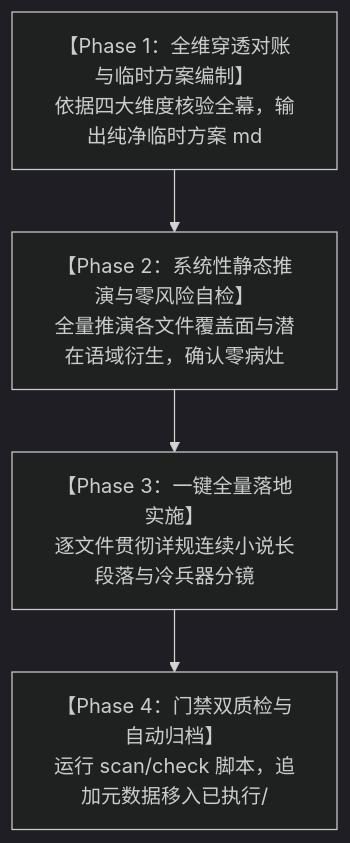
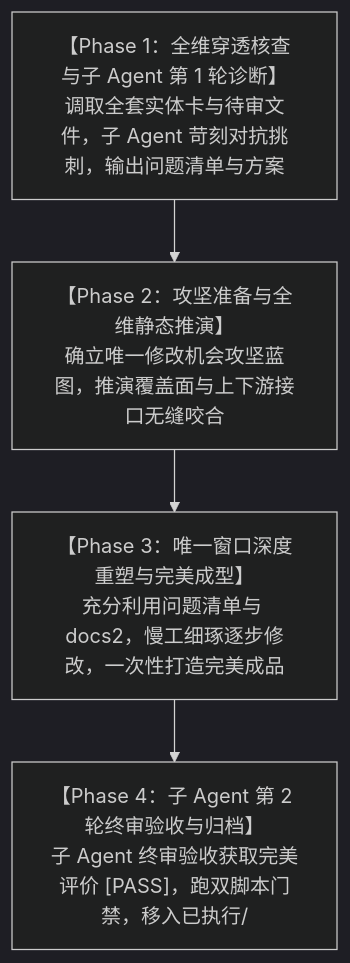
One commit to soranokiseki1437/eldoria-worldbook changed the diagram in 方案/第二部/主线与世界扩充方案/分幕方案对账排查与文风重塑标准工作流.md. Above: the diagram before and after it, drawn with Mermaid (dark theme). The commit also changed other lines of this file and 80 other files, not shown here.

````diff
--- a/方案/第二部/主线与世界扩充方案/分幕方案对账排查与文风重塑标准工作流.md
+++ b/方案/第二部/主线与世界扩充方案/分幕方案对账排查与文风重塑标准工作流.md
@@ -102,6 +118,6 @@
 ```mermaid
 flowchart TD
-    P1["【Phase 1：全维穿透对账与临时方案编制】<br/>依据四大维度核验全幕，输出纯净临时方案 md"] --> P2["【Phase 2：系统性静态推演与零风险自检】<br/>全量推演各文件覆盖面与潜在语域衍生，确认零病灶"]
-    P2 --> P3["【Phase 3：一键全量落地实施】<br/>逐文件贯彻详规连续小说长段落与冷兵器分镜"]
-    P3 --> P4["【Phase 4：门禁双质检与自动归档】<br/>运行 scan/check 脚本，追加元数据移入已执行/"]
+    P1["【Phase 1：全维穿透核查与子 Agent 第 1 轮诊断】<br/>调取全套实体卡与待审文件，子 Agent 苛刻对抗挑刺，输出问题清单与方案"] --> P2["【Phase 2：攻坚准备与全维静态推演】<br/>确立唯一修改机会攻坚蓝图，推演覆盖面与上下游接口无缝咬合"]
+    P2 --> P3["【Phase 3：唯一窗口深度重塑与完美成型】<br/>充分利用问题清单与 docs2，慢工细琢逐步修改，一次性打造完美成品"]
+    P3 --> P4["【Phase 4：子 Agent 第 2 轮终审验收与归档】<br/>子 Agent 终审验收获取完美评价 [PASS]，跑双脚本门禁，移入已执行/"]
 ```
````
